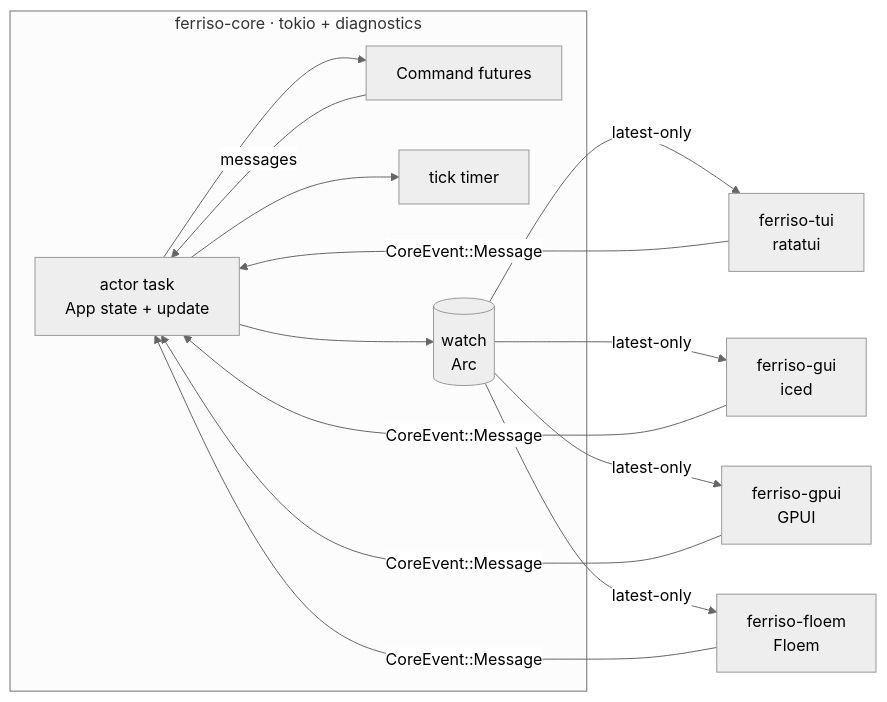
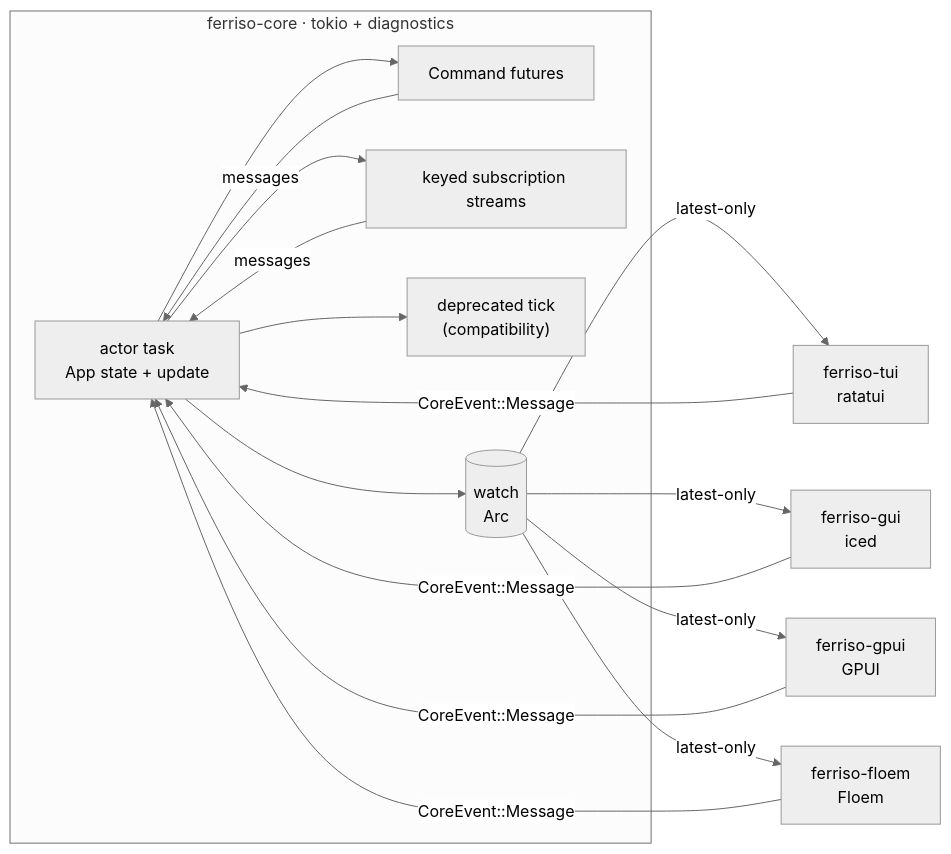
Before and after one commit to GBLMX/Ferriso: the diagram in README.md, drawn with Mermaid (neutral theme). The commit also changed other lines of this file and 88 other files, not shown here.

First line of the commit message:
feat: complete Ferriso frontends and architecture

````diff
--- a/README.md
+++ b/README.md
@@ -7,22 +8,25 @@
 ```mermaid
 flowchart LR
     subgraph Core["ferriso-core · tokio + diagnostics"]
         Actor["actor task\nApp state + update"]
         Commands["Command futures"]
-        Timer["tick timer"]
+        Subscriptions["keyed subscription streams"]
+        Timer["deprecated tick\n(compatibility)"]
         Snapshot[("watch\nArc<View>")]
     end
 
     TUI["ferriso-tui\nratatui"] -- "CoreEvent::Message" --> Actor
     GUI["ferriso-gui\niced"] -- "CoreEvent::Message" --> Actor
     GPUI["ferriso-gpui\nGPUI"] -- "CoreEvent::Message" --> Actor
     FLOEM["ferriso-floem\nFloem"] -- "CoreEvent::Message" --> Actor
     Actor --> Commands
+    Actor --> Subscriptions
     Actor --> Timer
     Actor --> Snapshot
     Snapshot -- "latest-only" --> TUI
     Snapshot -- "latest-only" --> GUI
     Snapshot -- "latest-only" --> GPUI
     Snapshot -- "latest-only" --> FLOEM
     Commands -- "messages" --> Actor
+    Subscriptions -- "messages" --> Actor
 ```
````
